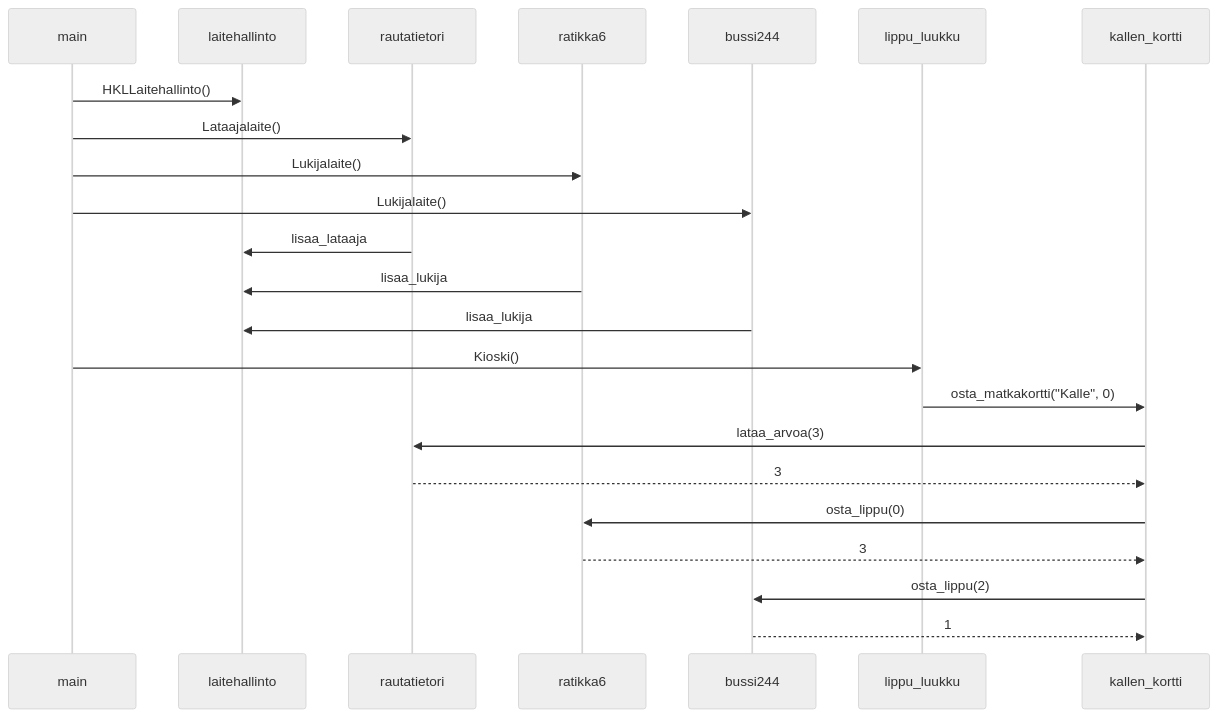
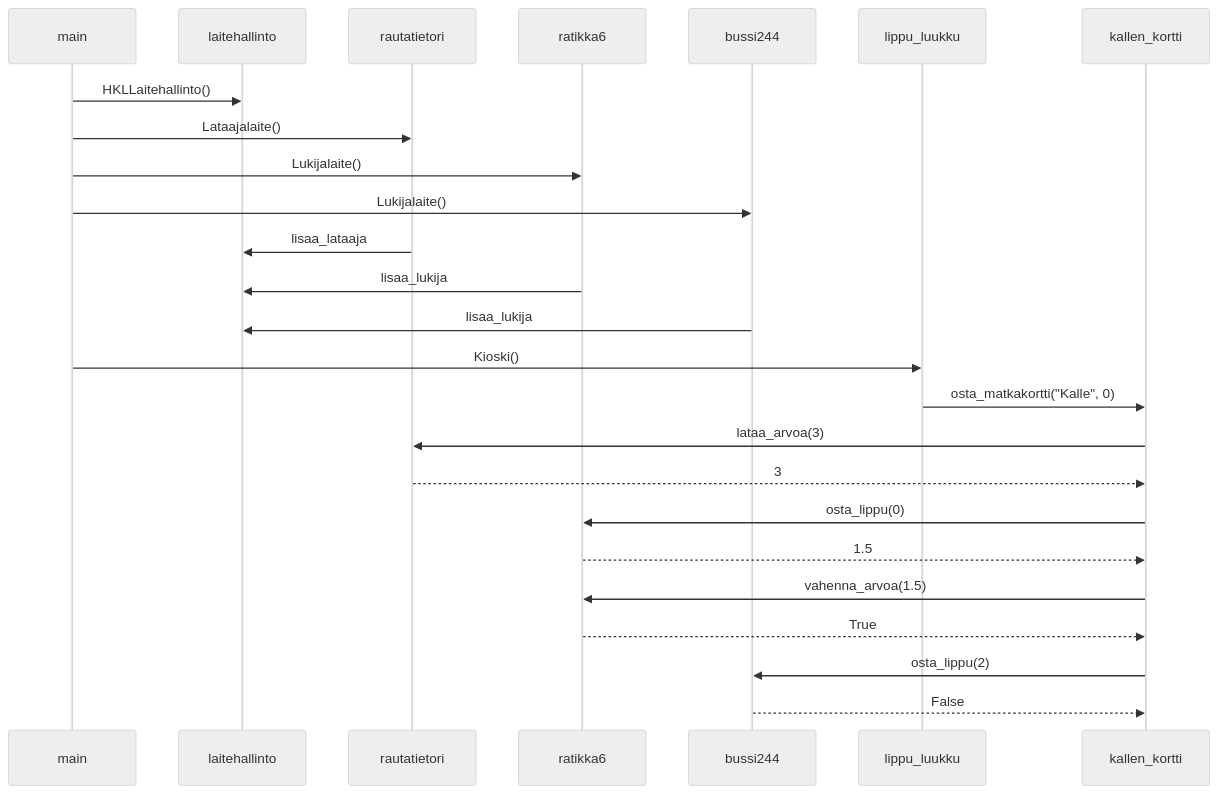
One commit to Karstonner/ot-harjoitustyo changed the diagram in laskarit/viikko3/sekvenssikaavio.md. Above: the diagram before and after it, drawn with Mermaid (neutral theme).

Commit message:
Oikeat arvot

````diff
--- a/laskarit/viikko3/sekvenssikaavio.md
+++ b/laskarit/viikko3/sekvenssikaavio.md
@@ -1,18 +1,20 @@
 ```mermaid
 sequenceDiagram
 	main->>laitehallinto: HKLLaitehallinto()
 	main->>rautatietori: Lataajalaite()
 	main->>ratikka6: Lukijalaite()
 	main->>bussi244: Lukijalaite()
 	rautatietori->>laitehallinto: lisaa_lataaja
 	ratikka6->>laitehallinto: lisaa_lukija
 	bussi244->>laitehallinto: lisaa_lukija
 	main->>lippu_luukku: Kioski()
 	lippu_luukku->>kallen_kortti: osta_matkakortti("Kalle", 0)
 	kallen_kortti->>rautatietori: lataa_arvoa(3)
 	rautatietori-->>kallen_kortti: 3
 	kallen_kortti->>ratikka6: osta_lippu(0)
-	ratikka6-->>kallen_kortti: 3
+	ratikka6-->>kallen_kortti: 1.5
+	kallen_kortti->>ratikka6: vahenna_arvoa(1.5)
+	ratikka6-->>kallen_kortti: True
 	kallen_kortti->>bussi244: osta_lippu(2)
-	bussi244-->>kallen_kortti: 1
+	bussi244-->>kallen_kortti: False
 ```
````
